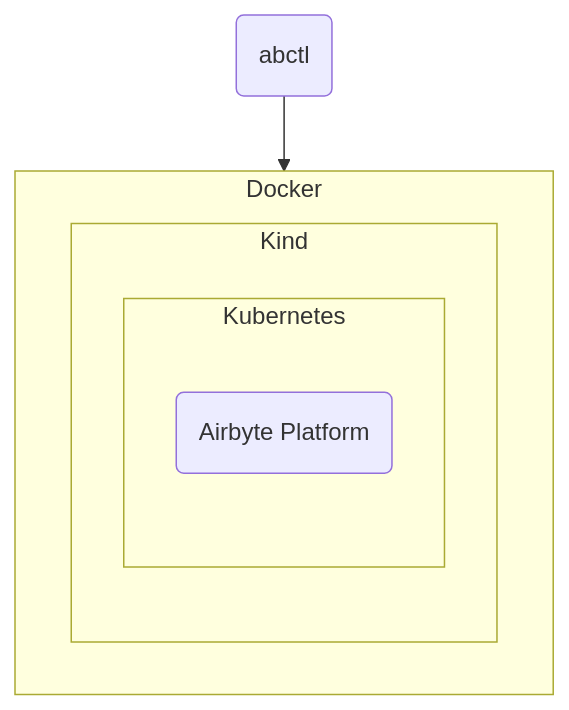
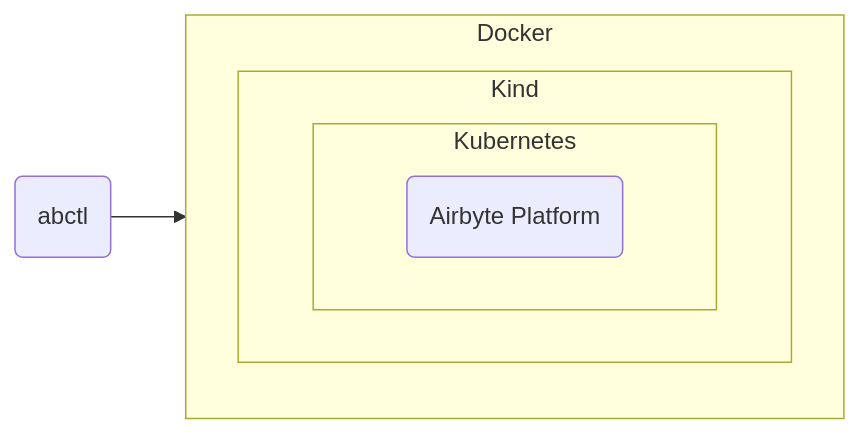
Before and after one commit to airbytehq/abctl: the diagram in README.md, drawn with Mermaid. The commit also changed 1 other file, not shown here.

Commit message:
wip; update readme

````diff
--- a/README.md
+++ b/README.md
@@ -12,13 +12,13 @@
 ```mermaid
-flowchart TD
+flowchart LR
   subgraph s3["Kubernetes"]
    PLATFORM("Airbyte Platform")
   end
   subgraph s2["Kind"]
     s3
   end
   subgraph s1["Docker"]
     s2
   end
   A("abctl") --> s1
 ```
````
